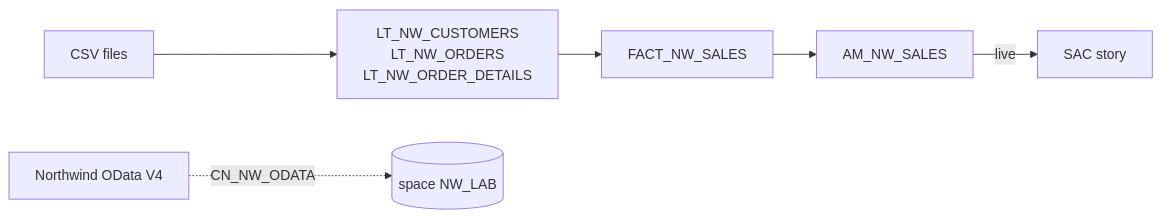
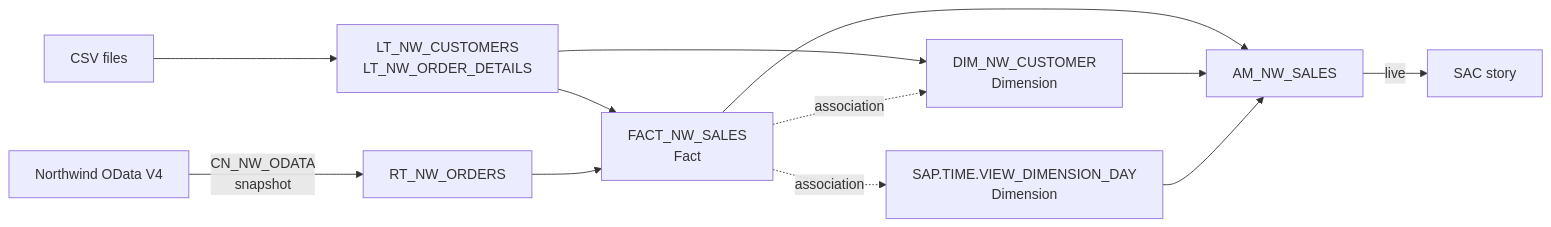
The second of 2 diagrams in docs/architecture.md (gonzalonao/sap-datasphere-lab), drawn with Mermaid before and after one commit. The commit also changed other lines of this file and 1 other file, not shown here.

Commit message:
docs: mark unit 01 done and update architecture current state

````diff
--- a/docs/architecture.md
+++ b/docs/architecture.md
@@ -40,8 +45,14 @@
 ```mermaid
 flowchart LR
-    CSV[CSV files] --> LT[LT_NW_CUSTOMERS<br/>LT_NW_ORDERS<br/>LT_NW_ORDER_DETAILS]
-    LT --> F[FACT_NW_SALES]
+    CSV[CSV files] --> LT[LT_NW_CUSTOMERS<br/>LT_NW_ORDER_DETAILS]
+    OD[Northwind OData V4] -->|CN_NW_ODATA<br/>snapshot| RT[RT_NW_ORDERS]
+    LT --> F[FACT_NW_SALES<br/>Fact]
+    RT --> F
+    LT --> D[DIM_NW_CUSTOMER<br/>Dimension]
+    F -.association.-> D
+    F -.association.-> T[SAP.TIME.VIEW_DIMENSION_DAY<br/>Dimension]
     F --> AM[AM_NW_SALES]
+    D --> AM
+    T --> AM
     AM -->|live| SAC[SAC story]
-    OD[Northwind OData V4] -.->|CN_NW_ODATA| NW[(space NW_LAB)]
 ```
````
